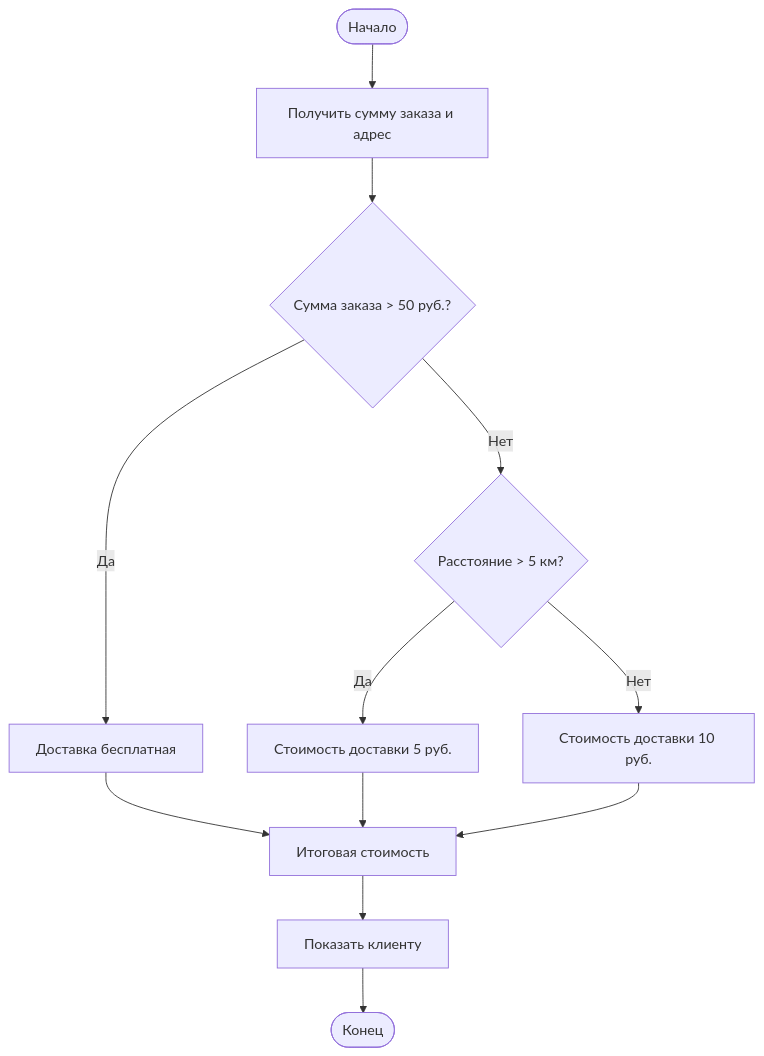
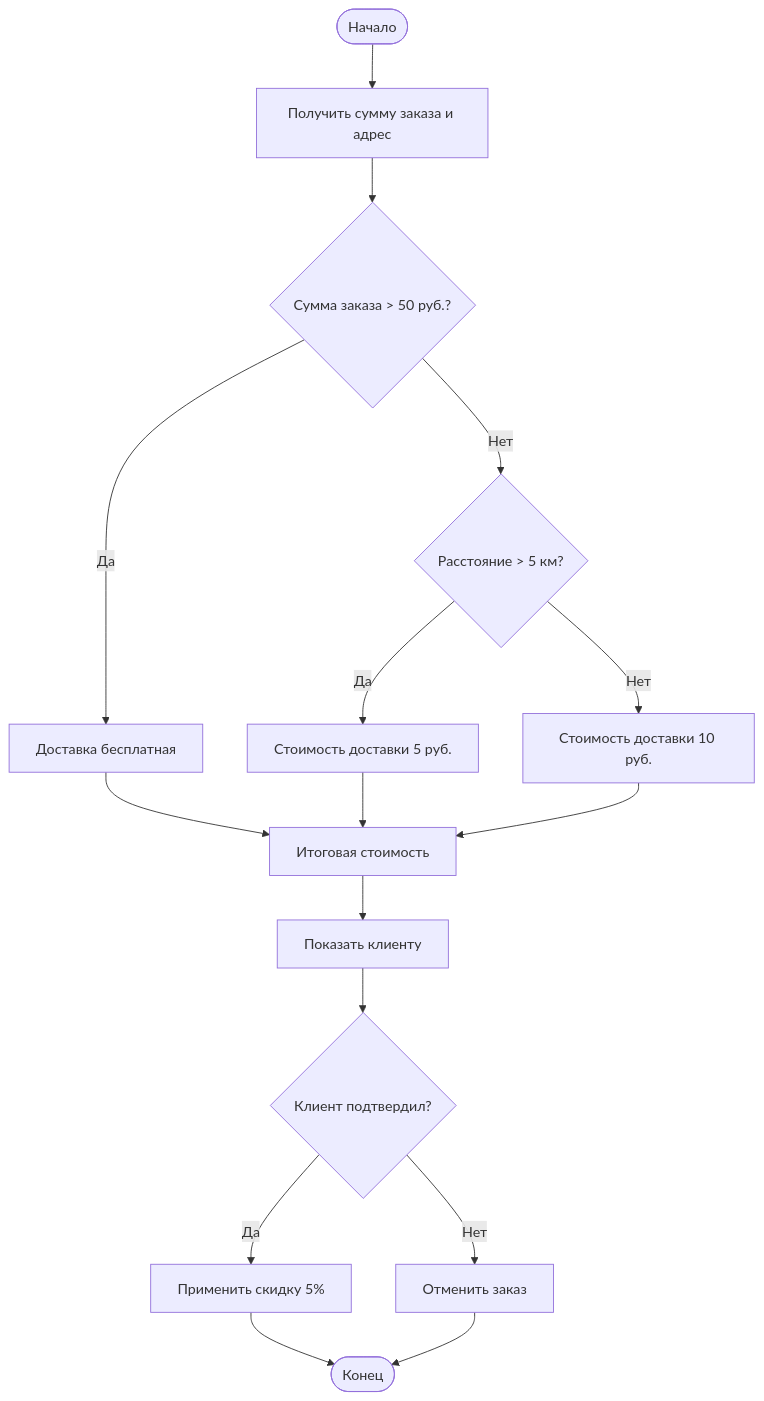
The diagram in lab1/docs/flowchart.md (fomchenkovad24-cmd/visual-programming-labs-Fomchenkov), drawn with Mermaid before and after one commit.

Commit message:
Update Flowchart: add minor element

````diff
--- a/lab1/docs/flowchart.md
+++ b/lab1/docs/flowchart.md
@@ -1,14 +1,18 @@
 ```mermaid
 flowchart TD
     A([Начало]) --> B[Получить сумму заказа и адрес]
     B --> C{Сумма заказа > 50 руб.?}
     C --> |Да| D[Доставка бесплатная]
     C --> |Нет| E{Расстояние > 5 км?}
     E --> |Да| F[Стоимость доставки 5 руб.]
     E --> |Нет| G[Стоимость доставки 10 руб.]
     D --> H[Итоговая стоимость]
     F --> H
     G --> H
     H --> I[Показать клиенту]
-    I --> J([Конец])
+    I --> K{Клиент подтвердил?}
+    K --> |Да| L[Применить скидку 5%]
+    K --> |Нет| M[Отменить заказ]
+    L --> J([Конец])
+    M --> J
 ```
````
